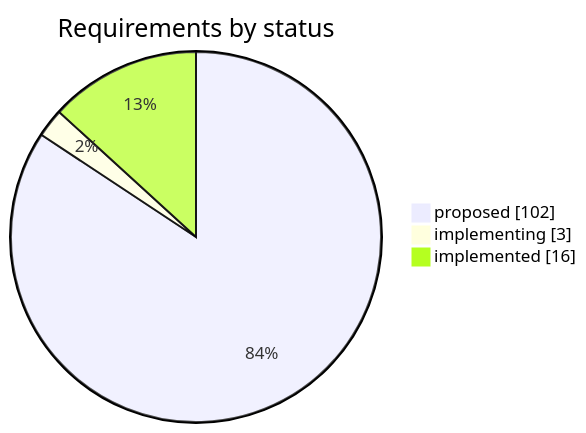
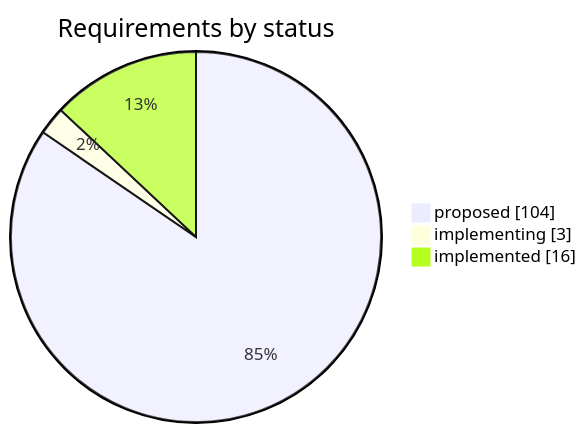
The first of 2 diagrams in STATUS.md (iammaxsu/automatic-testing-architecture), drawn with Mermaid before and after one commit. The commit also changed other lines of this file and 10 other files, not shown here.

````diff
--- a/STATUS.md
+++ b/STATUS.md
@@ -25,6 +25,6 @@
 ```mermaid
 pie showData title Requirements by status
-    "proposed" : 102
+    "proposed" : 104
     "implementing" : 3
     "implemented" : 16
 ```
````
